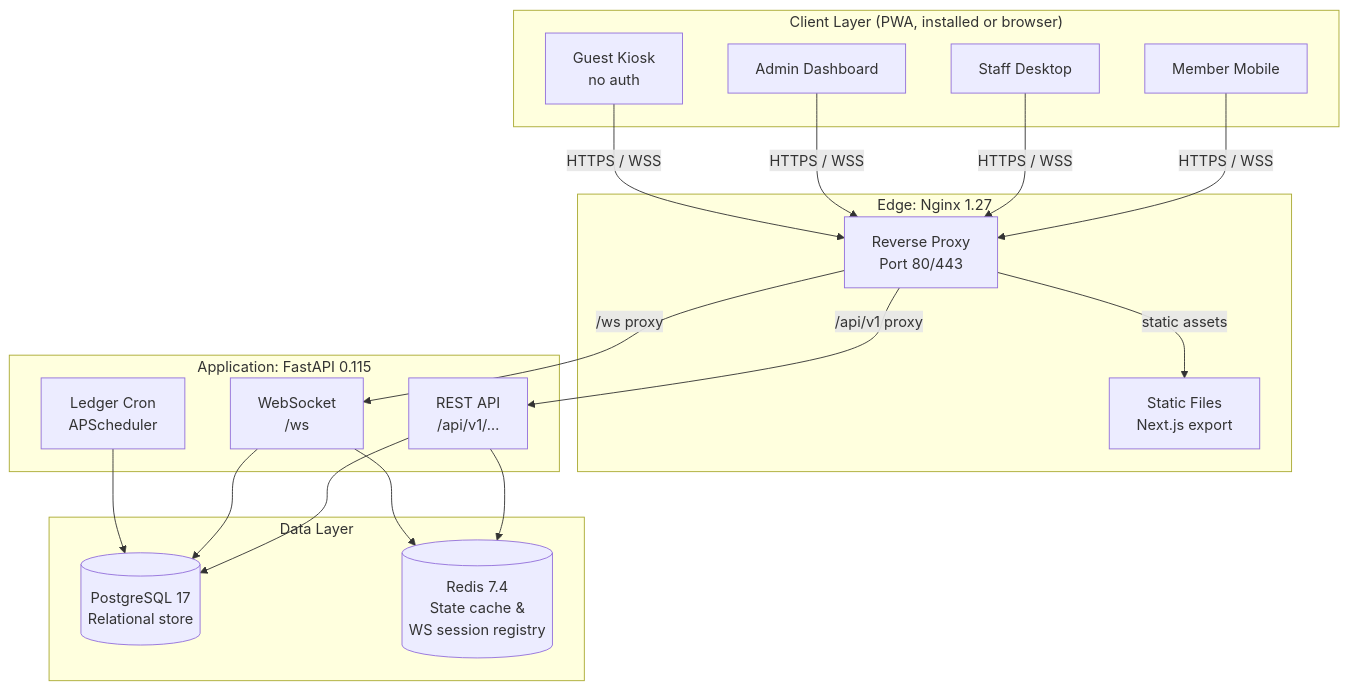
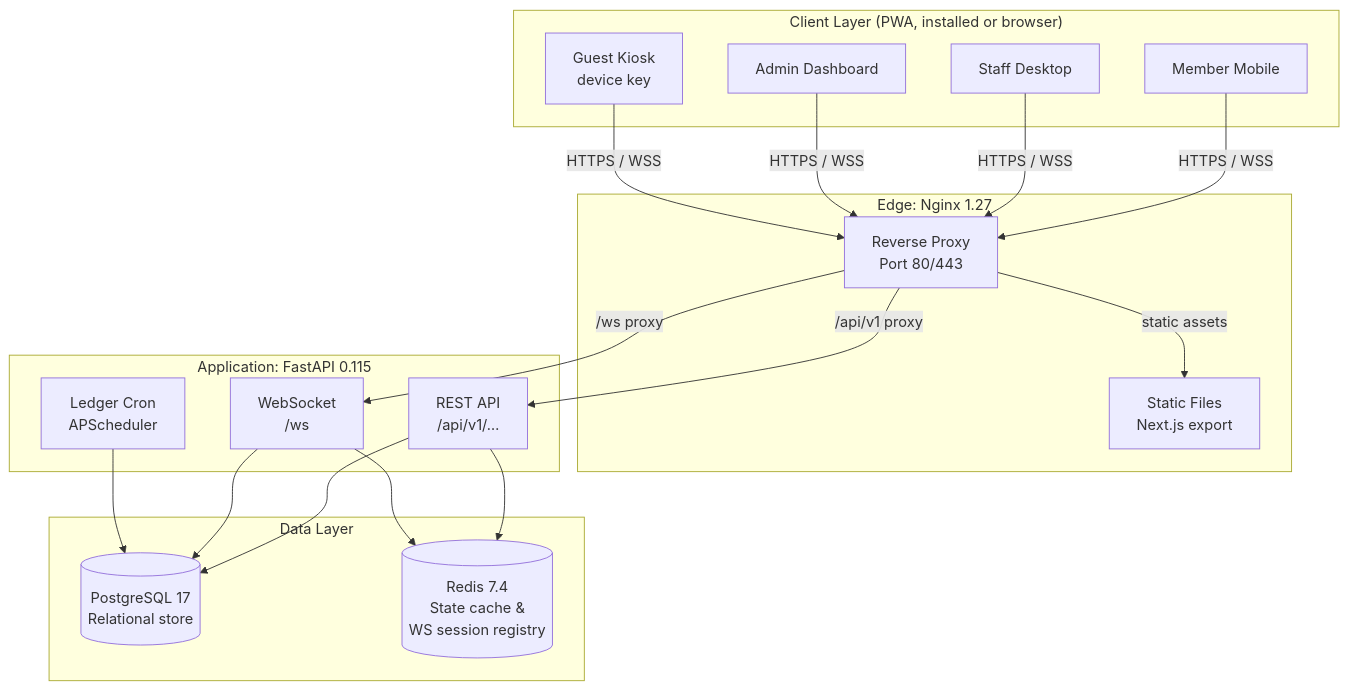
Before and after one commit to Life-Experimentalist/Chronos-Ledger: the first of 5 diagrams in docs/architecture.md, drawn with Mermaid. The commit also changed other lines of this file and 14 other files, not shown here.

````diff
--- a/docs/architecture.md
+++ b/docs/architecture.md
@@ -7,32 +7,32 @@
 ```mermaid
 graph TB
     subgraph Clients["Client Layer (PWA, installed or browser)"]
         S[Member Mobile]
         F[Staff Desktop]
         A[Admin Dashboard]
-        G[Guest Kiosk<br/>no auth]
+        G[Guest Kiosk<br/>device key]
     end
 
     subgraph Edge["Edge: Nginx 1.27"]
         NX[Reverse Proxy<br/>Port 80/443]
         ST[Static Files<br/>Next.js export]
     end
 
     subgraph App["Application: FastAPI 0.115"]
         API[REST API<br/>/api/v1/…]
         WS[WebSocket<br/>/ws]
         CRON[Ledger Cron<br/>APScheduler]
     end
 
     subgraph Data["Data Layer"]
         PG[(PostgreSQL 17<br/>Relational store)]
         RD[(Redis 7.4<br/>State cache &amp;<br/>WS session registry)]
     end
 
     S & F & A & G -->|HTTPS / WSS| NX
     NX -->|static assets| ST
     NX -->|/api/v1 proxy| API
     NX -->|/ws proxy| WS
     API & WS & CRON --> PG
     API & WS --> RD
 ```
````
